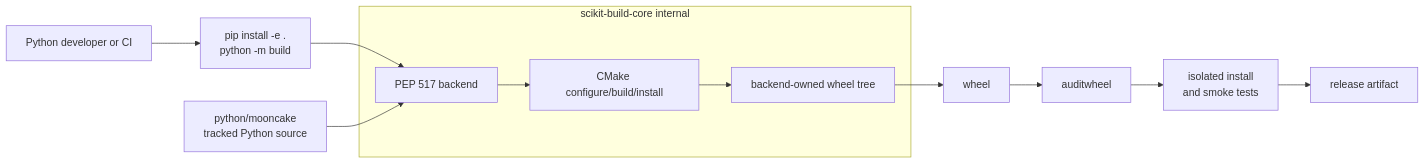
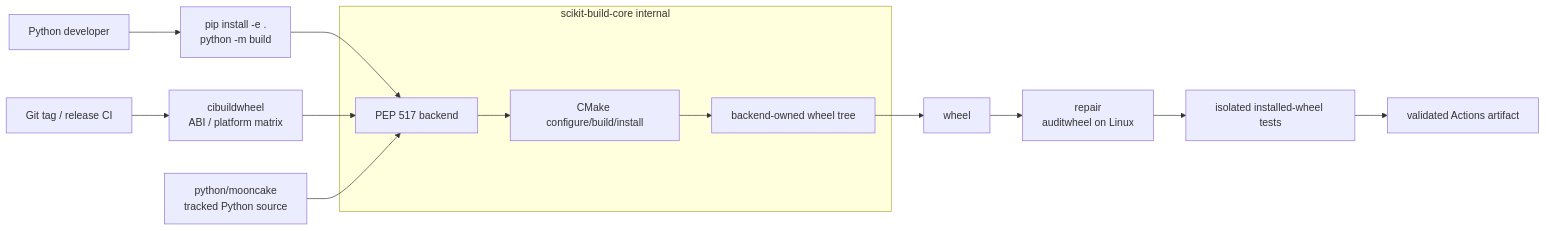
One commit to Aionw/aionw.github.io changed the first of 2 diagrams in src/content/posts/mooncake-python-package-refactoring.mdx. Above: the diagram before and after it, drawn with Mermaid. The commit also changed other lines of this file and 1 other file, not shown here.

Commit message:
docs: add cibuildwheel release flow

````diff
--- a/src/content/posts/mooncake-python-package-refactoring.mdx
+++ b/src/content/posts/mooncake-python-package-refactoring.mdx
@@ -250,22 +250,25 @@
 ```mermaid
 flowchart LR
-    D[Python developer or CI]
+    D[Python developer]
     E[pip install -e .<br/>python -m build]
+    CI[Git tag / release CI]
+    CB[cibuildwheel<br/>ABI / platform matrix]
     P[python/mooncake<br/>tracked Python source]
 
     subgraph K[scikit-build-core internal]
         B[PEP 517 backend]
         C[CMake configure/build/install]
         T[backend-owned wheel tree]
         B --> C --> T
     end
 
     W[wheel]
-    A[auditwheel]
-    V[isolated install<br/>and smoke tests]
-    R[release artifact]
+    A[repair<br/>auditwheel on Linux]
+    V[isolated installed-wheel tests]
+    R[validated Actions artifact]
 
     D --> E --> B
+    CI --> CB --> B
     P --> B
     T --> W --> A --> V --> R
 ```
````
